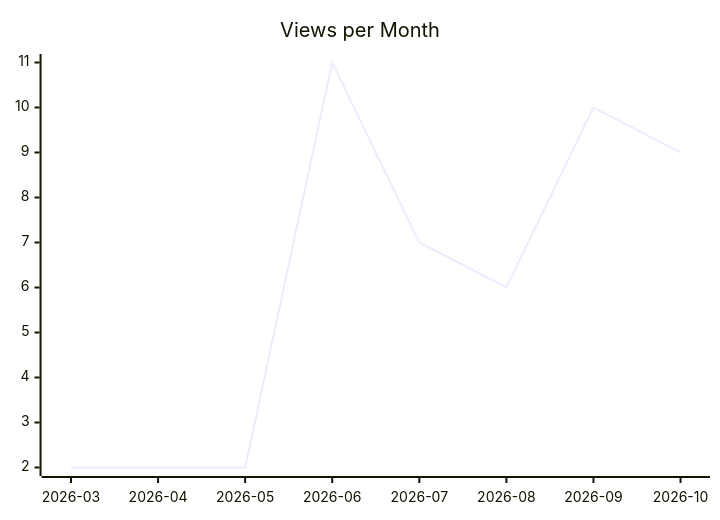
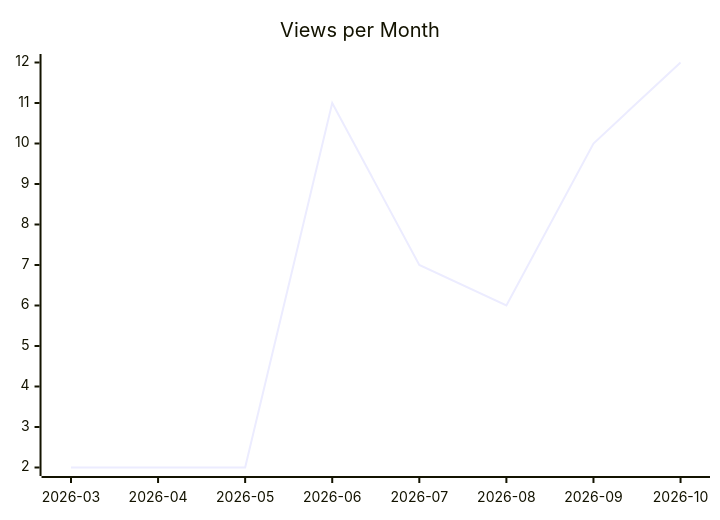
Before and after one commit to justdavis-family/github-analytics-data: the second of 3 diagrams in karlmdavis/ansible-role-jenkins2/README.md, drawn with Mermaid. The commit also changed other lines of this file and 201 other files, not shown here.

````diff
--- a/karlmdavis/ansible-role-jenkins2/README.md
+++ b/karlmdavis/ansible-role-jenkins2/README.md
@@ -12,6 +12,6 @@
 ```mermaid
 xychart-beta
   title "Views per Month"
   x-axis ["2026-03", "2026-04", "2026-05", "2026-06", "2026-07", "2026-08", "2026-09", "2026-10"]
-  line [2, 2, 2, 11, 7, 6, 10, 9]
+  line [2, 2, 2, 11, 7, 6, 10, 12]
 ```
````
